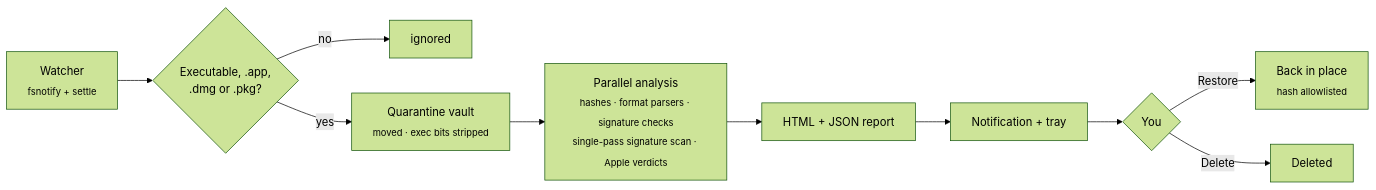
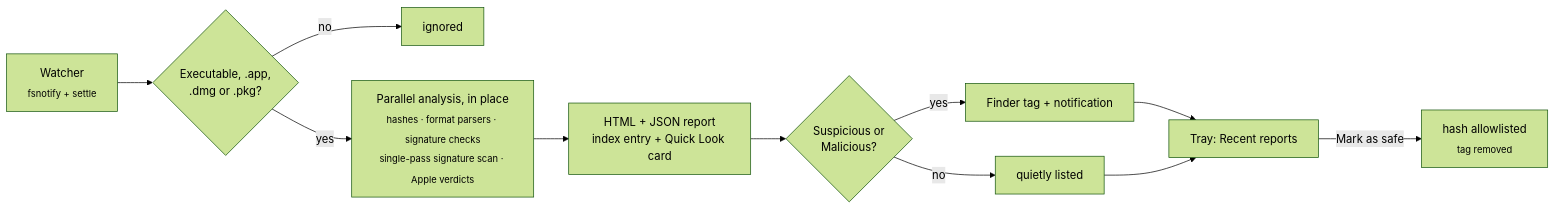
The diagram in README.md (danczar/binchk), drawn with Mermaid (forest theme) before and after one commit. The commit also changed other lines of this file and 18 other files, not shown here.

````diff
--- a/README.md
+++ b/README.md
@@ -54,12 +57,13 @@
 ```mermaid
 flowchart LR
     W["Watcher<br/><sub>fsnotify + settle</sub>"] --> S{"Executable, .app,<br/>.dmg or .pkg?"}
     S -- no --> I[ignored]
-    S -- yes --> Q["Quarantine vault<br/><sub>moved · exec bits stripped</sub>"]
-    Q --> A["Parallel analysis<br/><sub>hashes · format parsers · signature checks<br/>single-pass signature scan · Apple verdicts</sub>"]
-    A --> R["HTML + JSON report"]
-    R --> N["Notification + tray"]
-    N --> U{You}
-    U -- Restore --> O["Back in place<br/><sub>hash allowlisted</sub>"]
-    U -- Delete --> D[Deleted]
+    S -- yes --> A["Parallel analysis, in place<br/><sub>hashes · format parsers · signature checks<br/>single-pass signature scan · Apple verdicts</sub>"]
+    A --> R["HTML + JSON report<br/>index entry + Quick Look card"]
+    R --> F{"Suspicious or<br/>Malicious?"}
+    F -- yes --> T["Finder tag + notification"]
+    F -- no --> Q[quietly listed]
+    T --> M["Tray: Recent reports"]
+    Q --> M
+    M -- "Mark as safe" --> O["hash allowlisted<br/><sub>tag removed</sub>"]
 ```
````
